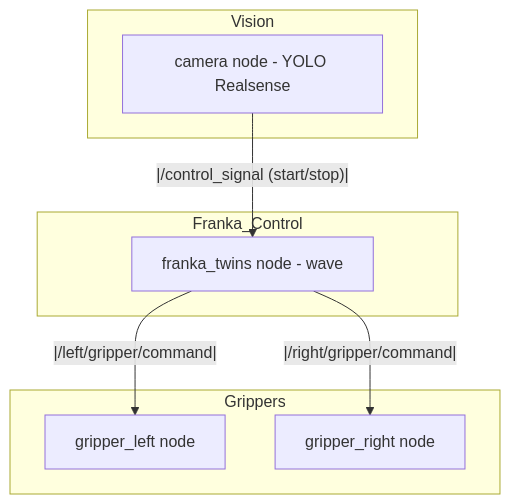
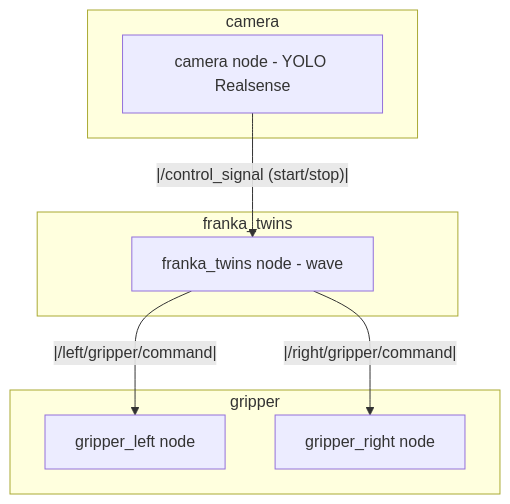
One commit to rocos-sia/franka_twins_ros2 changed the diagram in README.md. Above: the diagram before and after it, drawn with Mermaid.

````diff
--- a/README.md
+++ b/README.md
@@ -40,30 +40,30 @@
 ```mermaid
 graph TD
 
-subgraph Vision
+subgraph camera
     cam[camera node - YOLO Realsense]
 end
 
-subgraph Franka_Control
+subgraph franka_twins
     ctrl[franka_twins node - wave]
 end
 
-subgraph Grippers
+subgraph gripper
     gl[gripper_left node]
     gr[gripper_right node]
 end
 
 
 cam --|/control_signal (start/stop)|--> ctrl
 
 
 
 ctrl --|/left/gripper/command|--> gl
 ctrl --|/right/gripper/command|--> gr
 
 
 
 
 
 
 ```
````
